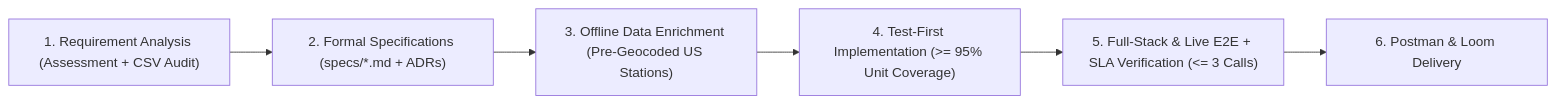
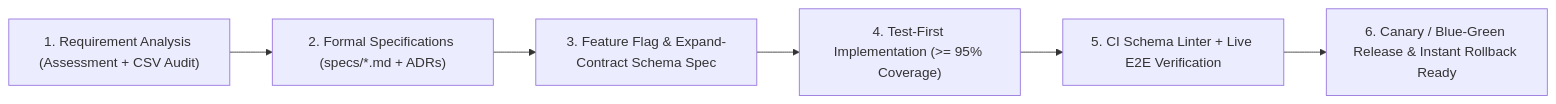
The diagram in specs/README.md (aldian/fuel-route-optimizer), drawn with Mermaid before and after one commit. The commit also changed other lines of this file and 6 other files, not shown here.

Commit message:
Establish specs directory as single source of truth for SDD, feature flags, and safe rollback schema rules

````diff
--- a/specs/README.md
+++ b/specs/README.md
@@ -26,8 +28,8 @@
 ```mermaid
 flowchart LR
     A["1. Requirement Analysis (Assessment + CSV Audit)"] --> B["2. Formal Specifications (specs/*.md + ADRs)"]
-    B --> C["3. Offline Data Enrichment (Pre-Geocoded US Stations)"]
-    C --> D["4. Test-First Implementation (>= 95% Unit Coverage)"]
-    D --> E["5. Full-Stack & Live E2E + SLA Verification (<= 3 Calls)"]
-    E --> F["6. Postman & Loom Delivery"]
+    B --> C["3. Feature Flag & Expand-Contract Schema Spec"]
+    C --> D["4. Test-First Implementation (>= 95% Coverage)"]
+    D --> E["5. CI Schema Linter + Live E2E Verification"]
+    E --> F["6. Canary / Blue-Green Release & Instant Rollback Ready"]
 ```
````
